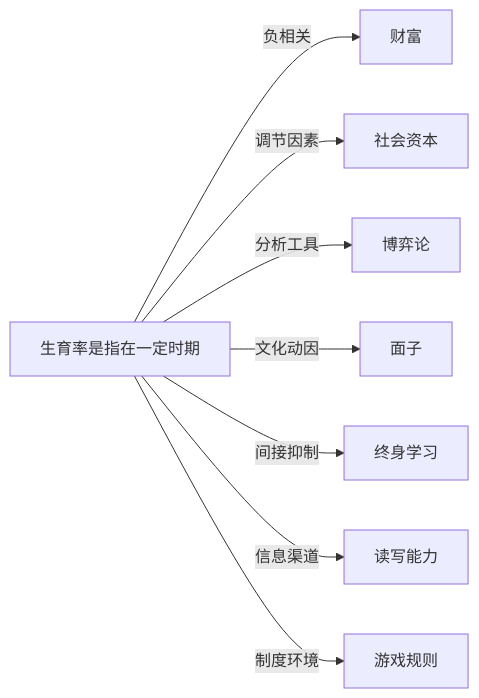
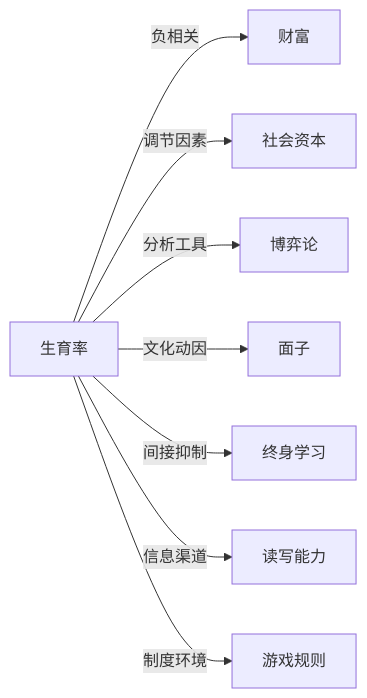
Before and after one commit to KIMMCHOW/MyKnowledge: the diagram in Knowledge/Concepts/人口学/生育率.md, drawn with Mermaid. The commit also changed 96 other files, not shown here.

Commit message:
fix: 修复概念页关系图节点并补齐缺失关联

````diff
--- a/Knowledge/Concepts/人口学/生育率.md
+++ b/Knowledge/Concepts/人口学/生育率.md
@@ -47,10 +47,10 @@
 ```mermaid
 graph LR
-    生育率是指在一定时期 -->|负相关| 财富
-    生育率是指在一定时期 -->|调节因素| 社会资本
-    生育率是指在一定时期 -->|分析工具| 博弈论
-    生育率是指在一定时期 -->|文化动因| 面子
-    生育率是指在一定时期 -->|间接抑制| 终身学习
-    生育率是指在一定时期 -->|信息渠道| 读写能力
-    生育率是指在一定时期 -->|制度环境| 游戏规则
+生育率 -->|负相关| 财富
+生育率 -->|调节因素| 社会资本
+生育率 -->|分析工具| 博弈论
+生育率 -->|文化动因| 面子
+生育率 -->|间接抑制| 终身学习
+生育率 -->|信息渠道| 读写能力
+生育率 -->|制度环境| 游戏规则
 ```
````
